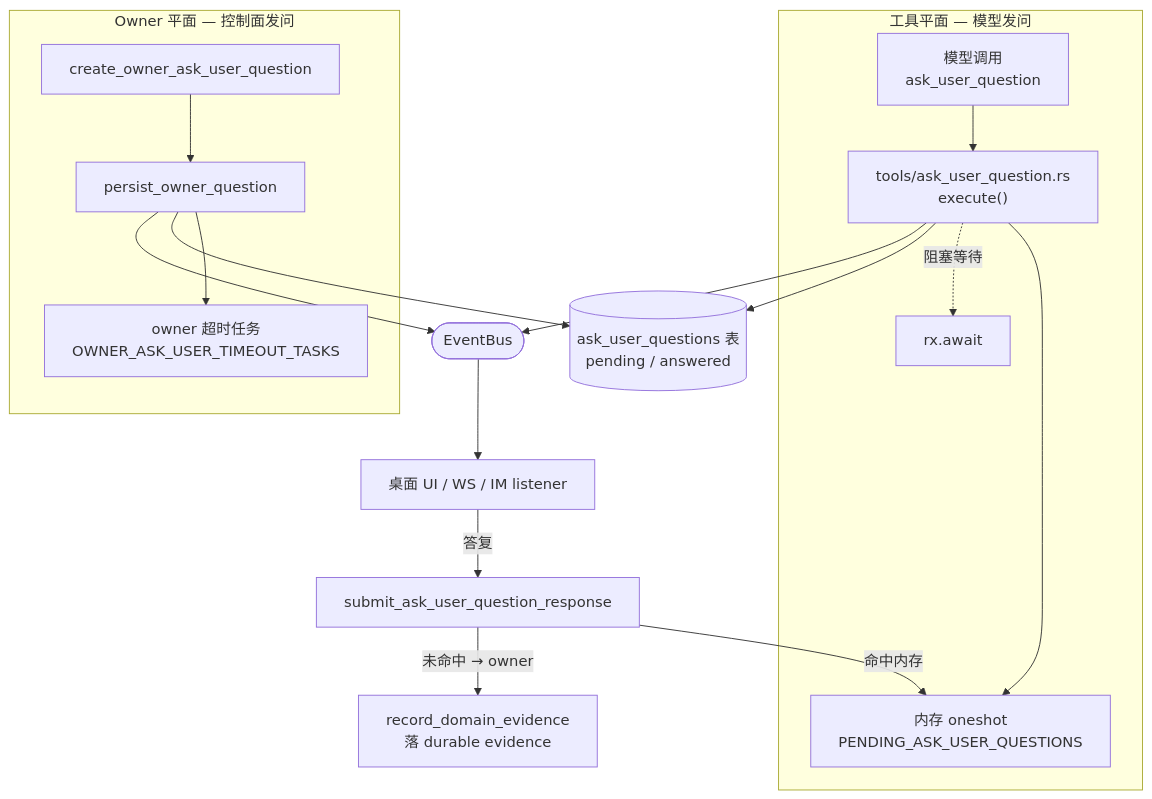
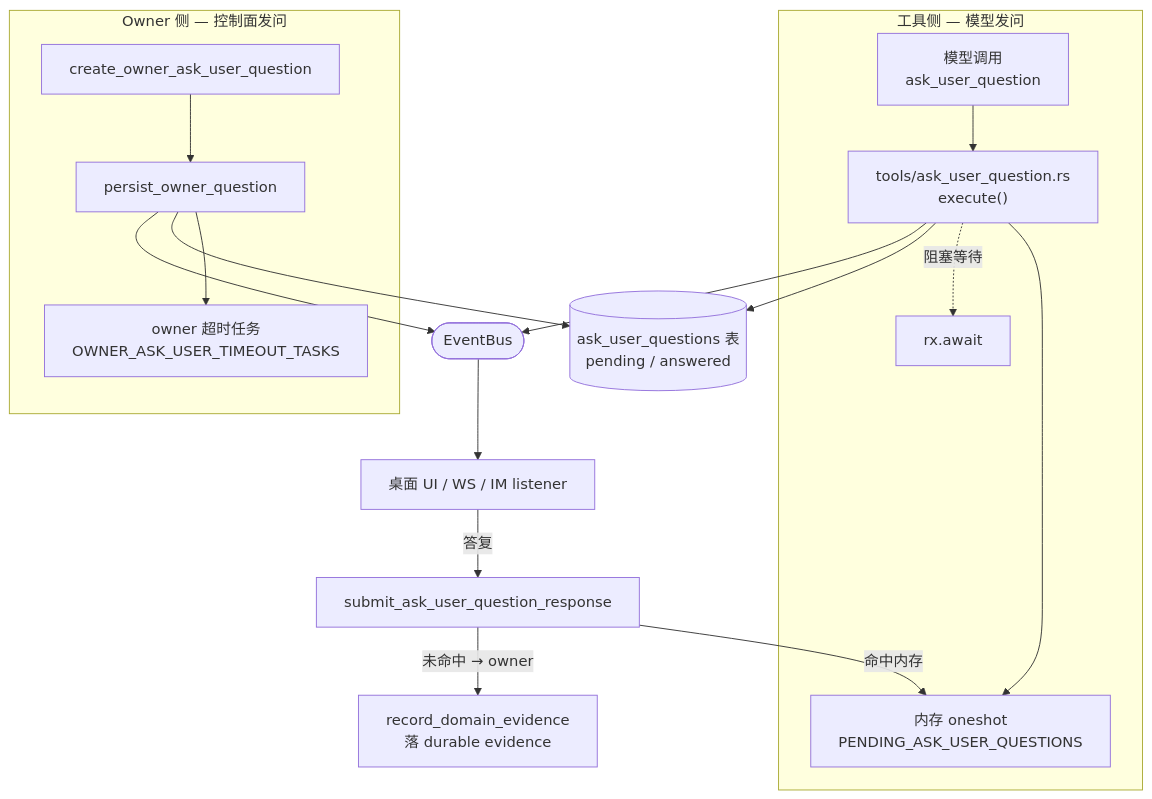
One commit to shiwenwen/hope-agent changed the first of 3 diagrams in docs/architecture/ask-user.md. Above: the diagram before and after it, drawn with Mermaid. The commit also changed other lines of this file and 6 other files, not shown here.

````diff
--- a/docs/architecture/ask-user.md
+++ b/docs/architecture/ask-user.md
@@ -48,20 +48,20 @@
 ```mermaid
 flowchart TB
-    subgraph TP["工具平面 — 模型发问"]
+    subgraph TP["工具侧 — 模型发问"]
         M["模型调用<br/>ask_user_question"] --> EX["tools/ask_user_question.rs<br/>execute()"]
         EX --> ONE["内存 oneshot<br/>PENDING_ASK_USER_QUESTIONS"]
         EX -.阻塞等待.-> RX["rx.await"]
     end
-    subgraph OP["Owner 平面 — 控制面发问"]
+    subgraph OP["Owner 侧 — 控制面发问"]
         OW["create_owner_ask_user_question"] --> POQ["persist_owner_question"]
         POQ --> OT["owner 超时任务<br/>OWNER_ASK_USER_TIMEOUT_TASKS"]
     end
     EX --> DB[("ask_user_questions 表<br/>pending / answered")]
     POQ --> DB
     EX --> BUS(["EventBus"])
     POQ --> BUS
     BUS --> UI["桌面 UI / WS / IM listener"]
     UI -->|答复| SUB["submit_ask_user_question_response"]
     SUB -->|命中内存| ONE
     SUB -->|未命中 → owner| EVID["record_domain_evidence<br/>落 durable evidence"]
 ```
````
